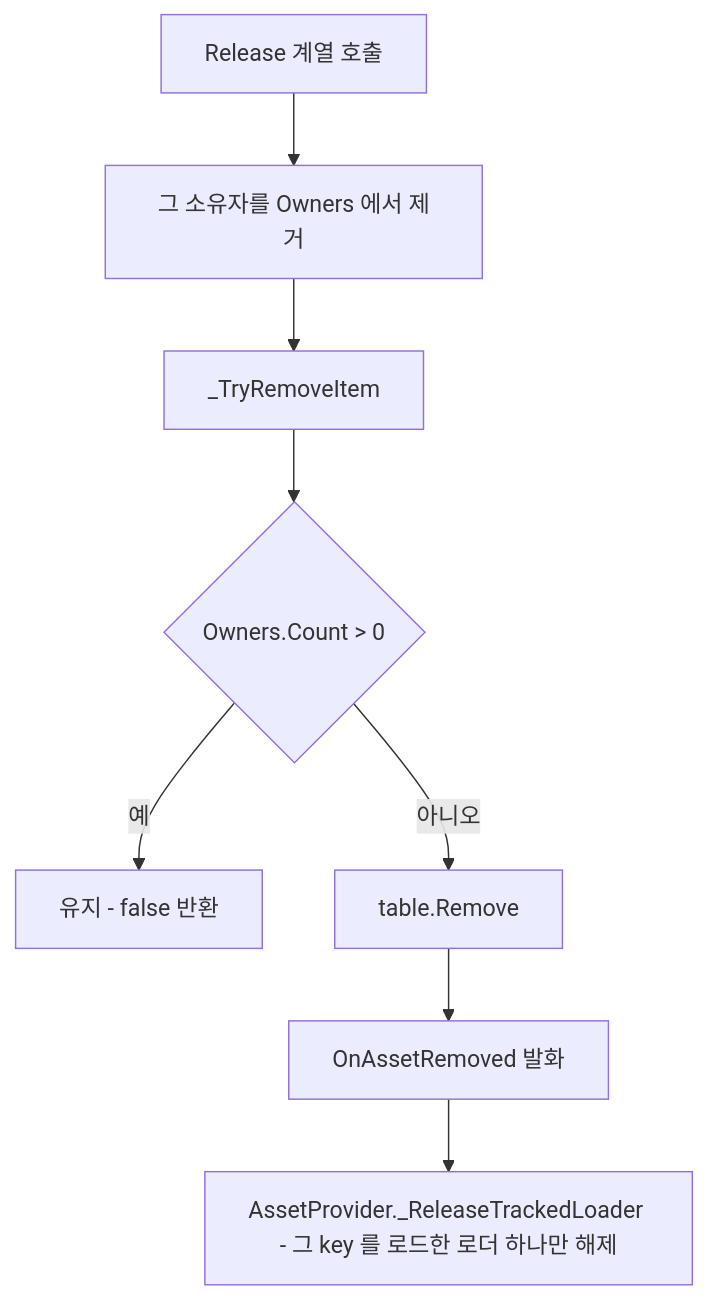
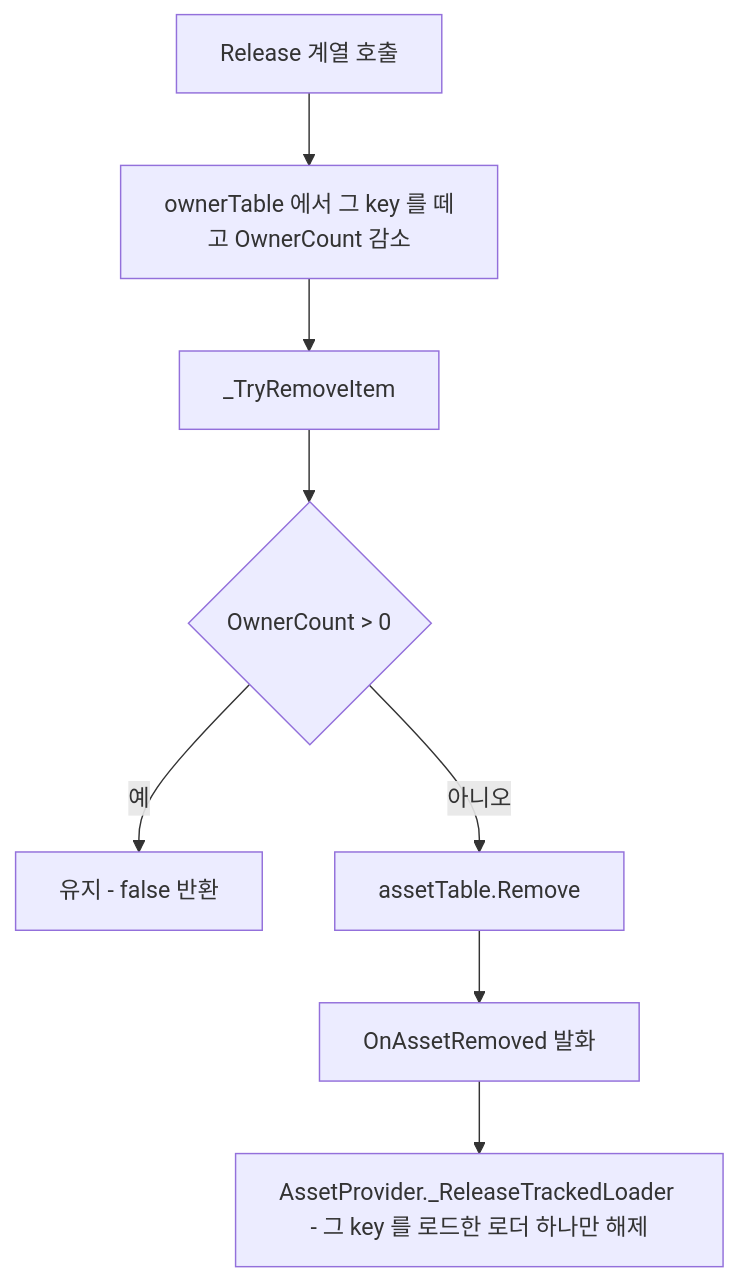
Before and after one commit to HoHong123/HCUP-Unity: the second of 3 diagrams in HResource/docs/Cache.md, drawn with Mermaid. The commit also changed other lines of this file, not shown here.

Commit message:
[Docs] 📝 23.09.26 Describe the owner-count cache model and two-way diagnostics in the Cache doc

````diff
--- a/HResource/docs/Cache.md
+++ b/HResource/docs/Cache.md
@@ -53,10 +53,10 @@
 ```mermaid
 flowchart TD
-    A["Release 계열 호출"] --> B["그 소유자를 Owners 에서 제거"]
+    A["Release 계열 호출"] --> B["ownerTable 에서 그 key 를 떼고 OwnerCount 감소"]
     B --> C["_TryRemoveItem"]
-    C --> F{"Owners.Count &gt; 0"}
+    C --> F{"OwnerCount &gt; 0"}
     F -->|예| E["유지 - false 반환"]
-    F -->|아니오| G["table.Remove"]
+    F -->|아니오| G["assetTable.Remove"]
     G --> H["OnAssetRemoved 발화"]
     H --> I["AssetProvider._ReleaseTrackedLoader - 그 key 를 로드한 로더 하나만 해제"]
 ```
````
